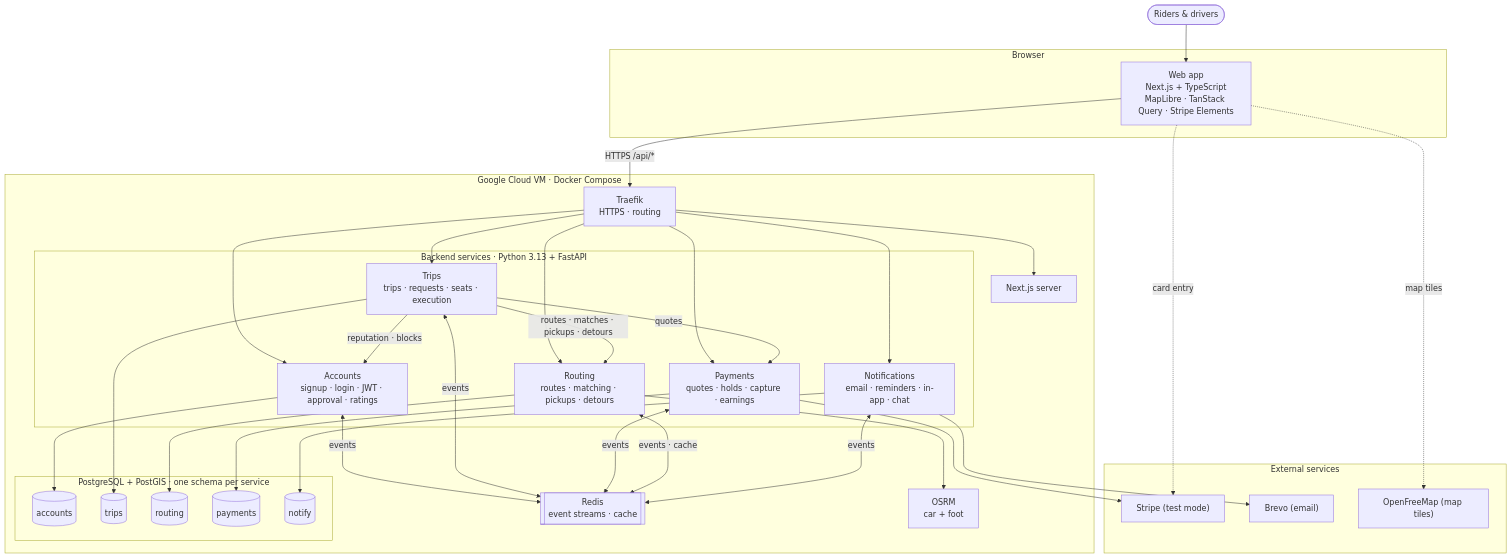
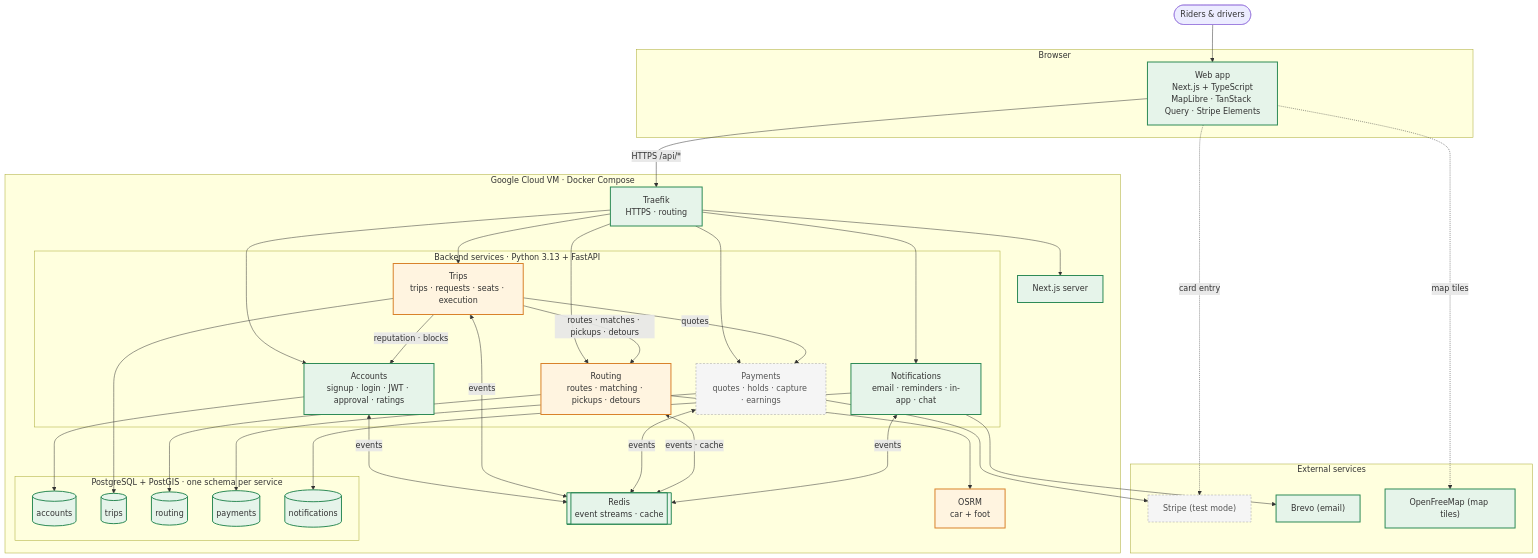
The first of 3 diagrams in docs/architecture/architecture.md (Andrew-Ih/COMP-4350-Group5-GetDrove), drawn with Mermaid before and after one commit. The commit also changed other lines of this file and 1 other file, not shown here.

Commit message:
docs(architecture): draft Sprint 1 architecture update (#116)

````diff
--- a/docs/architecture/architecture.md
+++ b/docs/architecture/architecture.md
@@ -9,64 +9,71 @@
 ```mermaid
 flowchart TB
     users(["Riders & drivers"]) --> web
 
     subgraph client["Browser"]
         web["Web app<br/>Next.js + TypeScript<br/>MapLibre · TanStack Query · Stripe Elements"]
     end
 
     subgraph vm["Google Cloud VM · Docker Compose"]
         traefik["Traefik<br/>HTTPS · routing"]
         next["Next.js server"]
 
         subgraph services["Backend services · Python 3.13 + FastAPI"]
             accounts["Accounts<br/>signup · login · JWT · approval · ratings"]
             trips["Trips<br/>trips · requests · seats · execution"]
             routing["Routing<br/>routes · matching · pickups · detours"]
             payments["Payments<br/>quotes · holds · capture · earnings"]
             notify["Notifications<br/>email · reminders · in-app · chat"]
         end
 
         subgraph data["PostgreSQL + PostGIS · one schema per service"]
             accountsDb[("accounts")]
             tripsDb[("trips")]
             routingDb[("routing")]
             payDb[("payments")]
-            notifyDb[("notify")]
+            notifyDb[("notifications")]
         end
 
         redis[["Redis<br/>event streams · cache"]]
         osrm["OSRM<br/>car + foot"]
     end
 
     subgraph external["External services"]
         stripe["Stripe (test mode)"]
         brevo["Brevo (email)"]
         tiles["OpenFreeMap (map tiles)"]
     end
 
     web -->|"HTTPS /api/*"| traefik
     web -.->|map tiles| tiles
     web -.->|card entry| stripe
     traefik --> next
     traefik --> accounts & trips & routing & payments & notify
 
     trips -->|reputation · blocks| accounts
     trips -->|routes · matches · pickups · detours| routing
     trips -->|quotes| payments
     routing --> osrm
 
     accounts <-->|events| redis
     trips <-->|events| redis
     payments <-->|events| redis
     routing <-->|events · cache| redis
     notify <-->|events| redis
 
     accounts --> accountsDb
     trips --> tripsDb
     routing --> routingDb
     payments --> payDb
     notify --> notifyDb
 
     payments --> stripe
     notify --> brevo
+
+    classDef built fill:#e6f4ea,stroke:#2e8b57,stroke-width:2px
+    classDef partial fill:#fff4e0,stroke:#d9822b,stroke-width:2px
+    classDef later fill:#f5f5f5,stroke:#9e9e9e,stroke-dasharray:4 3,color:#555
+    class web,traefik,next,accounts,notify,accountsDb,tripsDb,routingDb,payDb,notifyDb,redis,brevo,tiles built
+    class trips,routing,osrm partial
+    class payments,stripe later
 ```
````
